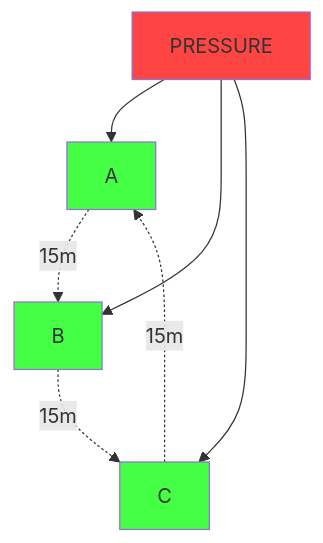
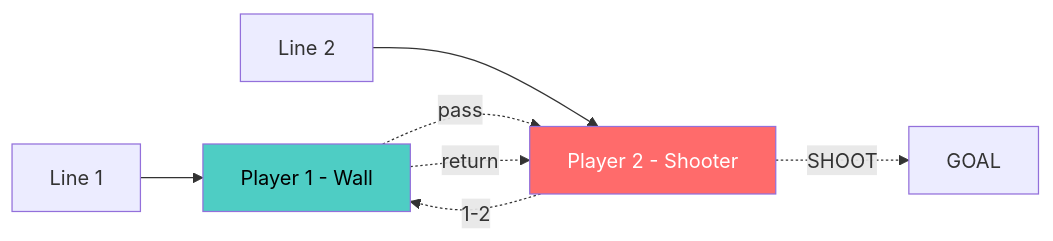
The diagram in 04-08-2025.md (jasonpdoherty/miam), drawn with Mermaid before and after one commit. The commit also changed other lines of this file, not shown here.

````diff
--- a/04-08-2025.md
+++ b/04-08-2025.md
@@ -29,14 +47,13 @@
 ```mermaid
-graph TD
-    A[A] -.->|15m| B[B]
-    B -.->|15m| C[C] 
-    C -.->|15m| A
-    P[PRESSURE] --> A
-    P --> B
-    P --> C
+graph LR
+    L1[Line 1] --> P1[Player 1 - Wall]
+    L2[Line 2] --> P2[Player 2 - Shooter]
     
-    style P fill:#ff4444
-    style A fill:#44ff44
-    style B fill:#44ff44
-    style C fill:#44ff44
+    P1 -.->|pass| P2
+    P2 -.->|1-2| P1  
+    P1 -.->|return| P2
+    P2 -.->|SHOOT| GK[GOAL]
+    
+    style P1 fill:#4ecdc4,color:#000
+    style P2 fill:#ff6b6b,color:#fff
 ```
````
